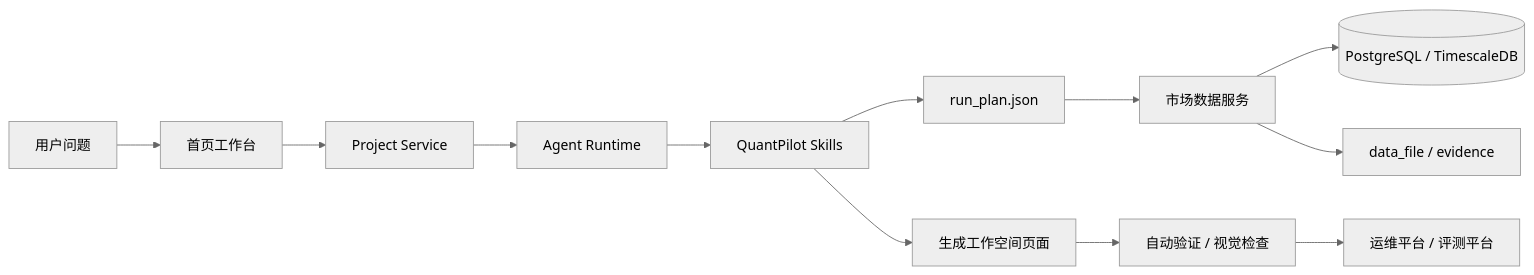
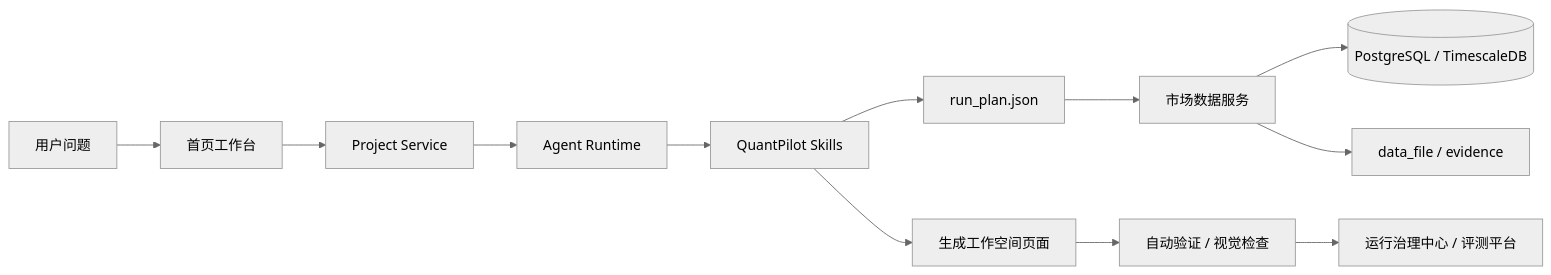
One commit to xbzz1018/SignalForge changed the diagram in docs/internal-components.md. Above: the diagram before and after it, drawn with Mermaid (neutral theme). The commit also changed other lines of this file and 26 other files, not shown here.

````diff
--- a/docs/internal-components.md
+++ b/docs/internal-components.md
@@ -26,14 +26,14 @@
 ```mermaid
 flowchart LR
   U[用户问题] --> H[首页工作台]
   H --> P[Project Service]
   P --> A[Agent Runtime]
   A --> S[QuantPilot Skills]
   S --> RP[run_plan.json]
   RP --> MD[市场数据服务]
   MD --> DB[(PostgreSQL / TimescaleDB)]
   MD --> DF[data_file / evidence]
   S --> WS[生成工作空间页面]
   WS --> V[自动验证 / 视觉检查]
-  V --> OP[运维平台 / 评测平台]
+  V --> OP[运行治理中心 / 评测平台]
 ```
````
